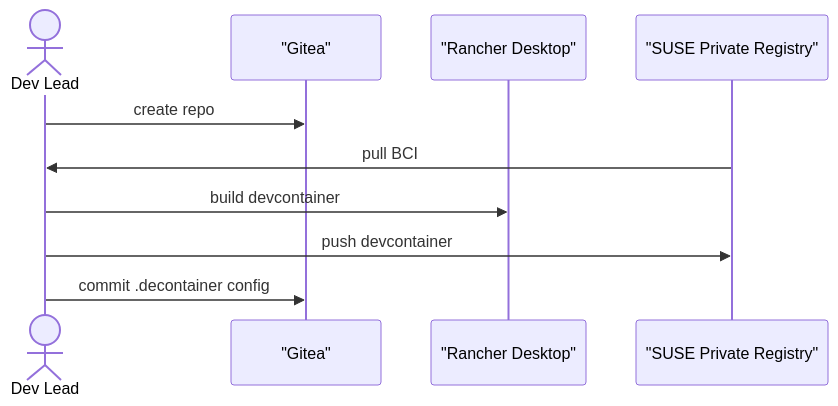
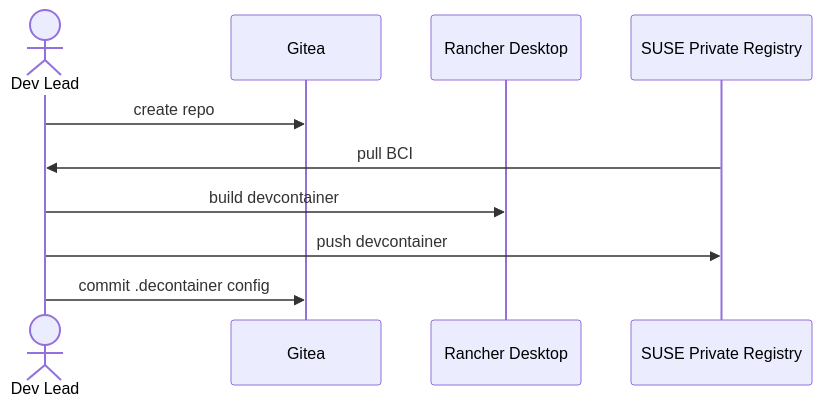
The third of 4 diagrams in README.md (rancher/devx-designs), drawn with Mermaid before and after one commit. The commit also changed other lines of this file, not shown here.

Commit message:
Add descriptions for segments of the flow.

````diff
--- a/README.md
+++ b/README.md
@@ -70,13 +89,13 @@
 ```mermaid
 sequenceDiagram
     actor dev as Dev Lead
-    participant git as "Gitea"
-    participant rd as "Rancher Desktop"
-    participant reg as "SUSE Private Registry"
-    %% participant act as "Gitea Action" 
+    participant git as Gitea
+    participant rd as Rancher Desktop
+    participant reg as SUSE Private Registry
+    %% participant act as Gitea Action 
     dev->>git: create repo
     reg->>dev: pull BCI
     dev->>rd: build devcontainer
     dev->>reg: push devcontainer 
     dev->>git: commit .decontainer config
 ```
````
